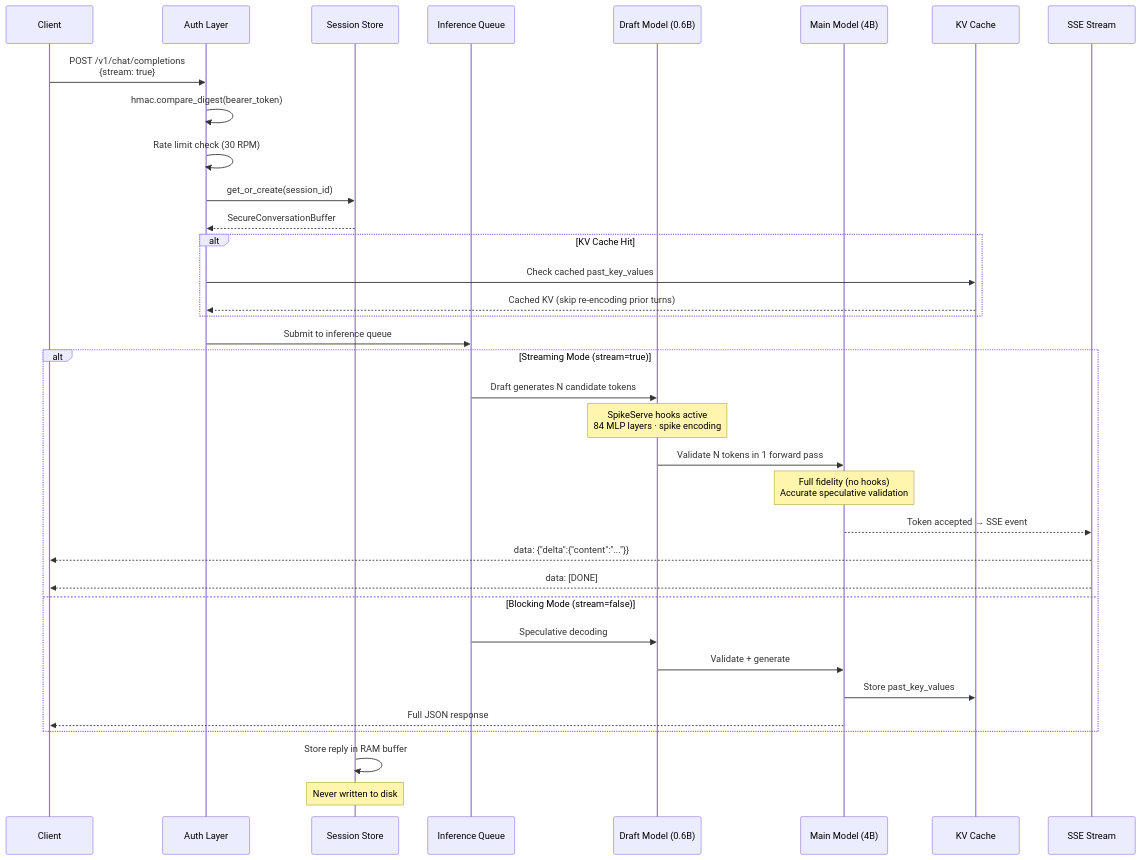
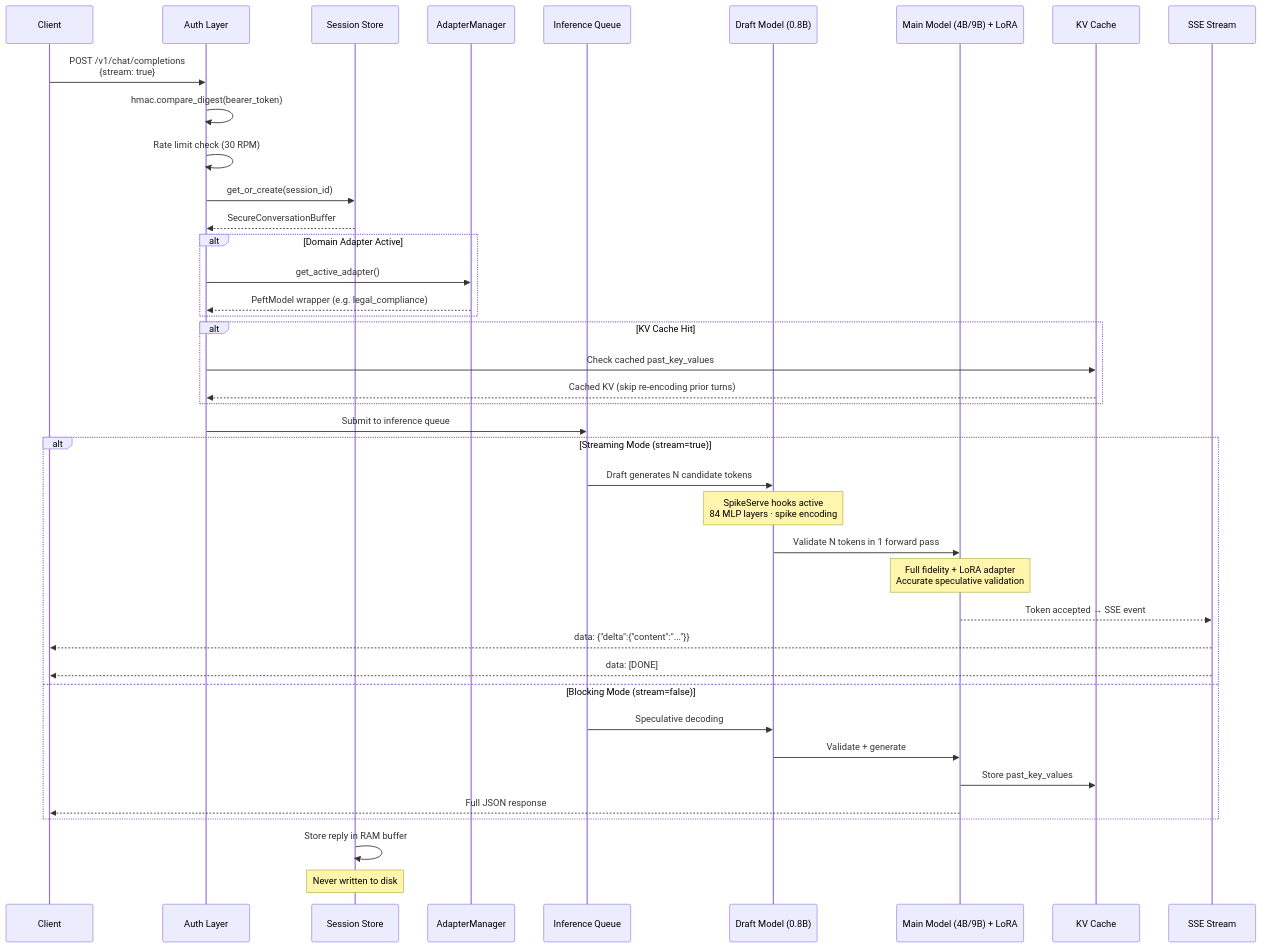
The second of 4 diagrams in README.md (blablablasealsaresoft/kwyre-ai), drawn with Mermaid before and after one commit. The commit also changed other lines of this file and 21 other files, not shown here.

First line of the commit message:
﻿feat: v1.5 - domain adapters, model migration, batch training pipeline

````diff
--- a/README.md
+++ b/README.md
@@ -185,42 +239,48 @@
 ```mermaid
 sequenceDiagram
     participant C as Client
     participant A as Auth Layer
     participant S as Session Store
+    participant AM as AdapterManager
     participant Q as Inference Queue
-    participant D as Draft Model (0.6B)
-    participant M as Main Model (4B)
+    participant D as Draft Model (0.8B)
+    participant M as Main Model (4B/9B) + LoRA
     participant K as KV Cache
     participant SS as SSE Stream
 
     C->>A: POST /v1/chat/completions<br/>{stream: true}
     A->>A: hmac.compare_digest(bearer_token)
     A->>A: Rate limit check (30 RPM)
     A->>S: get_or_create(session_id)
     S-->>A: SecureConversationBuffer
+
+    alt Domain Adapter Active
+        A->>AM: get_active_adapter()
+        AM-->>A: PeftModel wrapper (e.g. legal_compliance)
+    end
 
     alt KV Cache Hit
         A->>K: Check cached past_key_values
         K-->>A: Cached KV (skip re-encoding prior turns)
     end
 
     A->>Q: Submit to inference queue
 
     alt Streaming Mode (stream=true)
         Q->>D: Draft generates N candidate tokens
         Note over D: SpikeServe hooks active<br/>84 MLP layers · spike encoding
         D->>M: Validate N tokens in 1 forward pass
-        Note over M: Full fidelity (no hooks)<br/>Accurate speculative validation
+        Note over M: Full fidelity + LoRA adapter<br/>Accurate speculative validation
         M-->>SS: Token accepted → SSE event
         SS-->>C: data: {"delta":{"content":"..."}}
         SS-->>C: data: [DONE]
     else Blocking Mode (stream=false)
         Q->>D: Speculative decoding
         D->>M: Validate + generate
         M->>K: Store past_key_values
         M-->>C: Full JSON response
     end
 
     S->>S: Store reply in RAM buffer
     Note over S: Never written to disk
 ```
````
